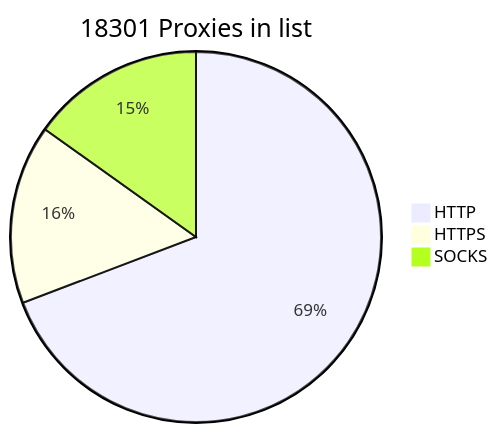
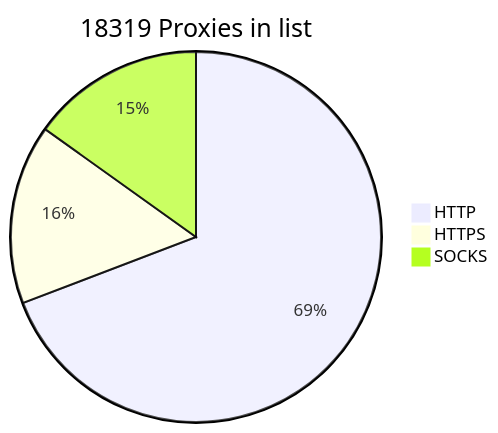
The diagram in README.md (BlackSnowDot/proxylist-update-every-minute), drawn with Mermaid before and after one commit.

````diff
--- a/README.md
+++ b/README.md
@@ -2,6 +2,6 @@
 ```mermaid
-pie title 18301 Proxies in list
-    "HTTP" : 13654
-    "HTTPS": 3085
+pie title 18319 Proxies in list
+    "HTTP" : 13664
+    "HTTPS": 3095
     "SOCKS" : 2986
 ```
````
